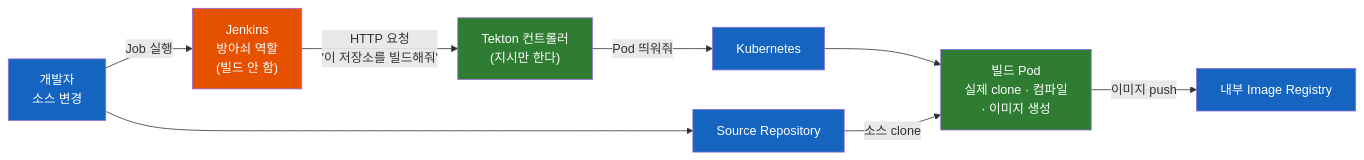
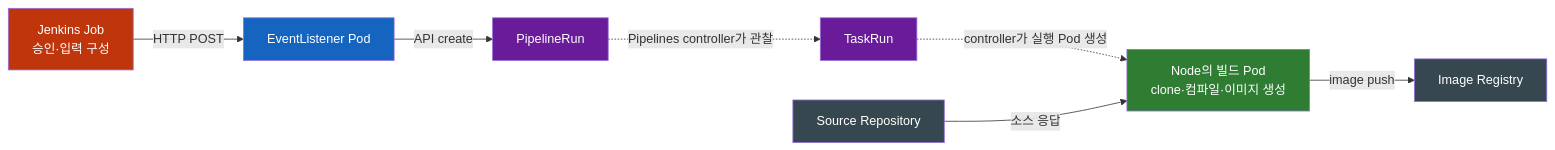
One commit to sskim91/TIL changed the first of 4 diagrams in kubernetes/Jenkins가-있는데-왜-Tekton이-빌드할까.md. Above: the diagram before and after it, drawn with Mermaid. The commit also changed other lines of this file and 39 other files, not shown here.

````diff
--- a/kubernetes/Jenkins가-있는데-왜-Tekton이-빌드할까.md
+++ b/kubernetes/Jenkins가-있는데-왜-Tekton이-빌드할까.md
@@ -79,18 +65,16 @@
 ```mermaid
 flowchart LR
-    DEV["개발자<br>소스 변경"] --> GIT["Source Repository"]
-    DEV -->|"Job 실행"| J["Jenkins<br>방아쇠 역할<br>(빌드 안 함)"]
-    J -->|"HTTP 요청<br>'이 저장소를 빌드해줘'"| T["Tekton 컨트롤러<br>(지시만 한다)"]
-    T -->|"Pod 띄워줘"| K["Kubernetes"]
-    K --> P["빌드 Pod<br>실제 clone · 컴파일<br>· 이미지 생성"]
-    GIT -->|"소스 clone"| P
-    P -->|"이미지 push"| R["내부 Image Registry"]
-
-    style DEV fill:#1565C0,color:#fff
-    style J fill:#E65100,color:#fff
-    style T fill:#2E7D32,color:#fff
-    style K fill:#1565C0,color:#fff
+    J["Jenkins Job<br>승인·입력 구성"] -->|HTTP POST| EL["EventListener Pod"]
+    EL -->|API create| PR["PipelineRun"]
+    PR -.->|Pipelines controller가 관찰| TR["TaskRun"]
+    TR -.->|controller가 실행 Pod 생성| P["Node의 빌드 Pod<br>clone·컴파일·이미지 생성"]
+    G["Source Repository"] -->|소스 응답| P
+    P -->|image push| R["Image Registry"]
+    style J fill:#BF360C,color:#fff
+    style EL fill:#1565C0,color:#fff
+    style PR fill:#6A1B9A,color:#fff
+    style TR fill:#6A1B9A,color:#fff
     style P fill:#2E7D32,color:#fff
-    style R fill:#1565C0,color:#fff
-    style GIT fill:#1565C0,color:#fff
+    style G fill:#37474F,color:#fff
+    style R fill:#37474F,color:#fff
 ```
````
